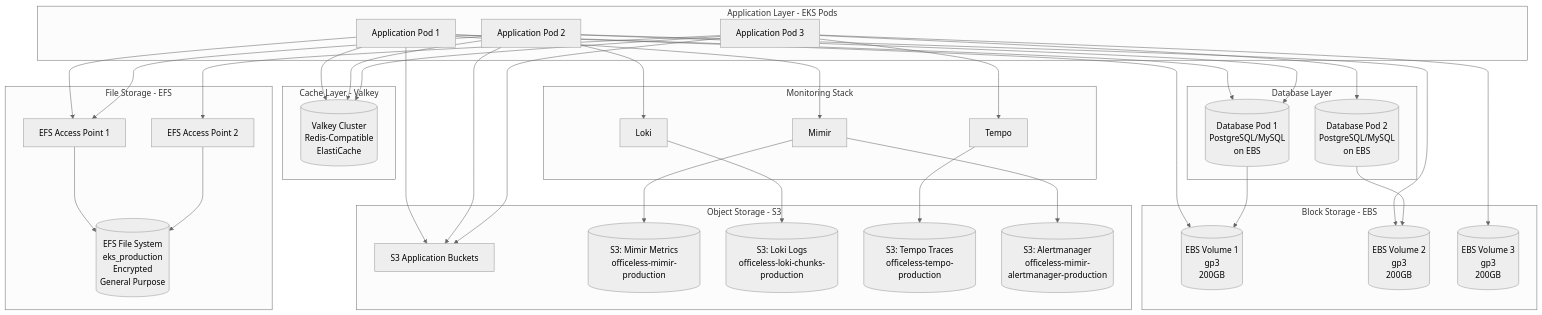
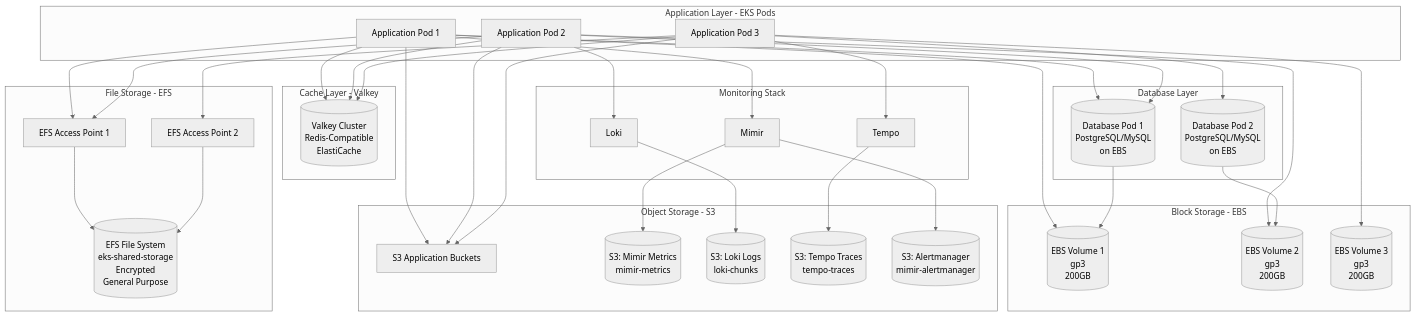
One commit to officeless-platform/officeless-platform changed the diagram in docs/04-database-and-storage.md. Above: the diagram before and after it, drawn with Mermaid (neutral theme). The commit also changed other lines of this file and 11 other files, not shown here.

````diff
--- a/docs/04-database-and-storage.md
+++ b/docs/04-database-and-storage.md
@@ -15,76 +15,76 @@
 ```mermaid
 graph TB
     subgraph "Application Layer - EKS Pods"
         App1[Application Pod 1]
         App2[Application Pod 2]
         App3[Application Pod 3]
     end
     
     subgraph "Block Storage - EBS"
         EBS1[(EBS Volume 1<br/>gp3<br/>200GB)]
         EBS2[(EBS Volume 2<br/>gp3<br/>200GB)]
         EBS3[(EBS Volume 3<br/>gp3<br/>200GB)]
     end
     
     subgraph "File Storage - EFS"
-        EFS[(EFS File System<br/>eks_production<br/>Encrypted<br/>General Purpose)]
+        EFS[(EFS File System<br/>eks-shared-storage<br/>Encrypted<br/>General Purpose)]
         EFS_AP1[EFS Access Point 1]
         EFS_AP2[EFS Access Point 2]
     end
     
     subgraph "Object Storage - S3"
         S3_App[S3 Application Buckets]
-        S3_Mimir[(S3: Mimir Metrics<br/>officeless-mimir-production)]
-        S3_Loki[(S3: Loki Logs<br/>officeless-loki-chunks-production)]
-        S3_Tempo[(S3: Tempo Traces<br/>officeless-tempo-production)]
-        S3_Alert[(S3: Alertmanager<br/>officeless-mimir-alertmanager-production)]
+        S3_Mimir[(S3: Mimir Metrics<br/>mimir-metrics)]
+        S3_Loki[(S3: Loki Logs<br/>loki-chunks)]
+        S3_Tempo[(S3: Tempo Traces<br/>tempo-traces)]
+        S3_Alert[(S3: Alertmanager<br/>mimir-alertmanager)]
     end
     
     subgraph "Cache Layer - Valkey"
         Valkey[(Valkey Cluster<br/>Redis-Compatible<br/>ElastiCache)]
     end
     
     subgraph "Database Layer"
         DB1[(Database Pod 1<br/>PostgreSQL/MySQL<br/>on EBS)]
         DB2[(Database Pod 2<br/>PostgreSQL/MySQL<br/>on EBS)]
     end
     
     subgraph "Monitoring Stack"
         Mimir[Mimir]
         Loki[Loki]
         Tempo[Tempo]
     end
     
     App1 --> EBS1
     App2 --> EBS2
     App3 --> EBS3
     
     App1 --> EFS_AP1
     App2 --> EFS_AP1
     App3 --> EFS_AP2
     EFS_AP1 --> EFS
     EFS_AP2 --> EFS
     
     App1 --> S3_App
     App2 --> S3_App
     App3 --> S3_App
     
     App1 --> Valkey
     App2 --> Valkey
     App3 --> Valkey
     
     App1 --> DB1
     App2 --> DB1
     App3 --> DB2
     DB1 --> EBS1
     DB2 --> EBS2
     
     Mimir --> S3_Mimir
     Loki --> S3_Loki
     Tempo --> S3_Tempo
     Mimir --> S3_Alert
     
     App1 --> Mimir
     App2 --> Loki
     App3 --> Tempo
 ```
````
